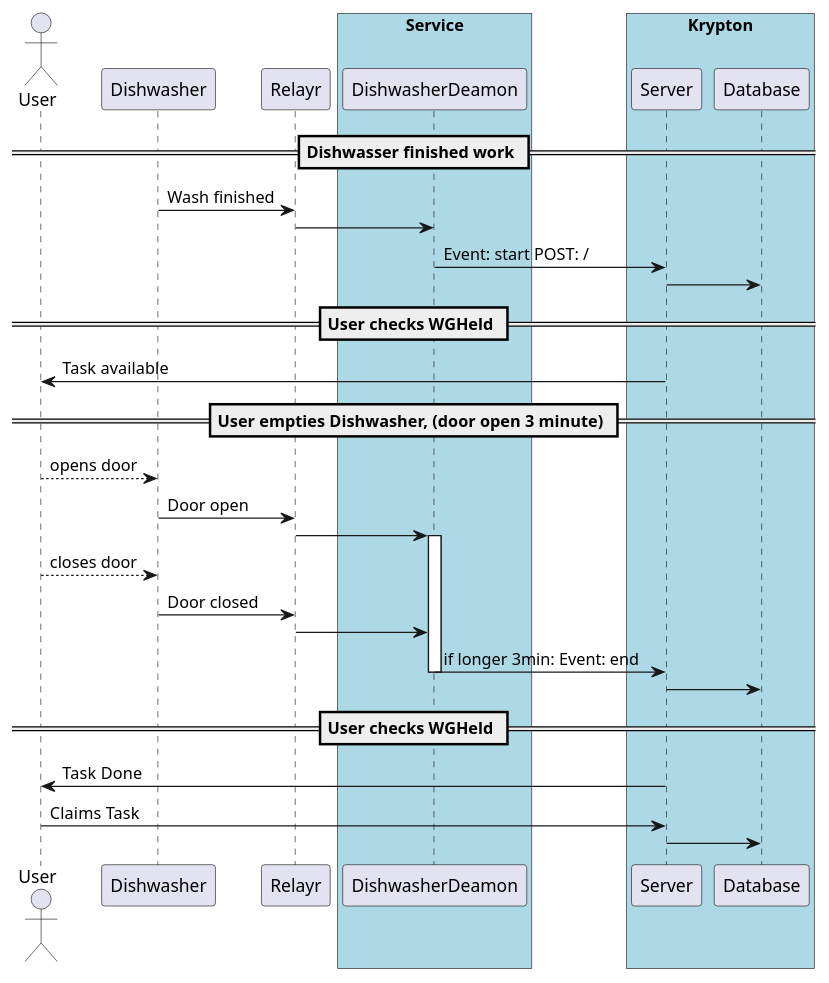
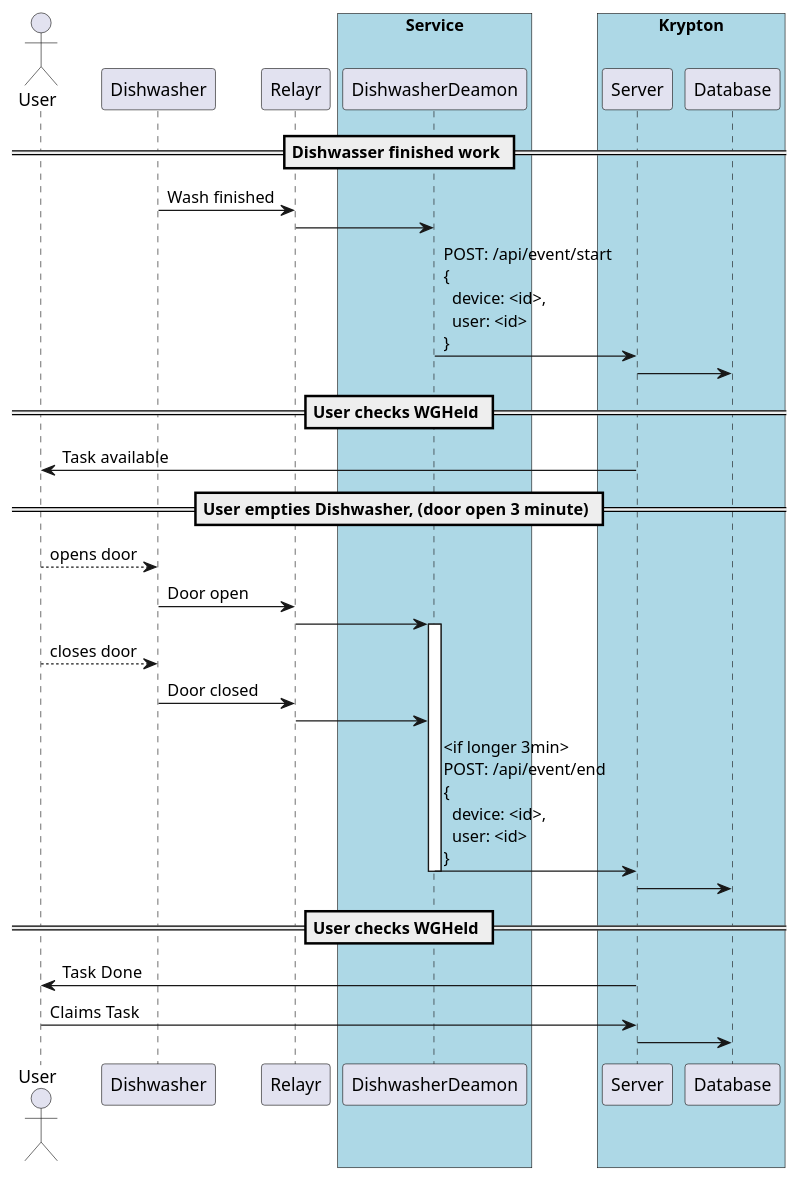
One commit to WgHeld/Documentation changed the diagram in dishwaser_flow.wsd. Above: the diagram before and after it, drawn with PlantUML. The commit also changed other lines of this file, not shown here.

Commit message:
Update flow

```diff
--- a/dishwaser_flow.wsd
+++ b/dishwaser_flow.wsd
@@ -1,53 +1,53 @@
 ' Welcome to vizard.io
 ' This diagram will be auto-saved in your browser
 '
 ' For syntax see PlantUML Language Reference Guide:
 ' http://plantuml.sourceforge.net/PlantUML_Language_Reference_Guide.pdf
 
 actor User AS U
 participant Dishwasher AS DW
 participant Relayr AS DR
 
 box "Service" #LightBlue
   participant DishwasherDeamon AS DD
 end box
 
 box "Krypton" #LightBlue
   participant Server AS S
   participant Database AS D
 end box
 
 '== Dishwasser starts work ==
 'DW --> DR: Wash  in progerss
 'DR --> DD
 'DD --> S: Event: progress
 
 == Dishwasser finished work ==
 DW -> DR: Wash finished
 DR -> DD
-DD -> S: Event: start POST: /
+DD -> S: POST: /api/event/start \n{\n  device: <id>,\n  user: <id>\n}
 S -> D
 
 == User checks WGHeld ==
 S -> U: Task available
 
 '||50||
 'U --> S: (Starts Task)
 'S --> D
 
 == User empties Dishwasher, (door open 3 minute) ==
 U --> DW : opens door
 DW -> DR: Door open
 DR -> DD
 activate DD
 U --> DW : closes door
 DW -> DR: Door closed
 DR -> DD
-DD -> S: if longer 3min: Event: end
+DD -> S: <if longer 3min>\nPOST: /api/event/end \n{\n  device: <id>,\n  user: <id>\n}
 deactivate DD
 S -> D
 
 == User checks WGHeld ==
 S -> U: Task Done
 U -> S: Claims Task
 S -> D:
```
